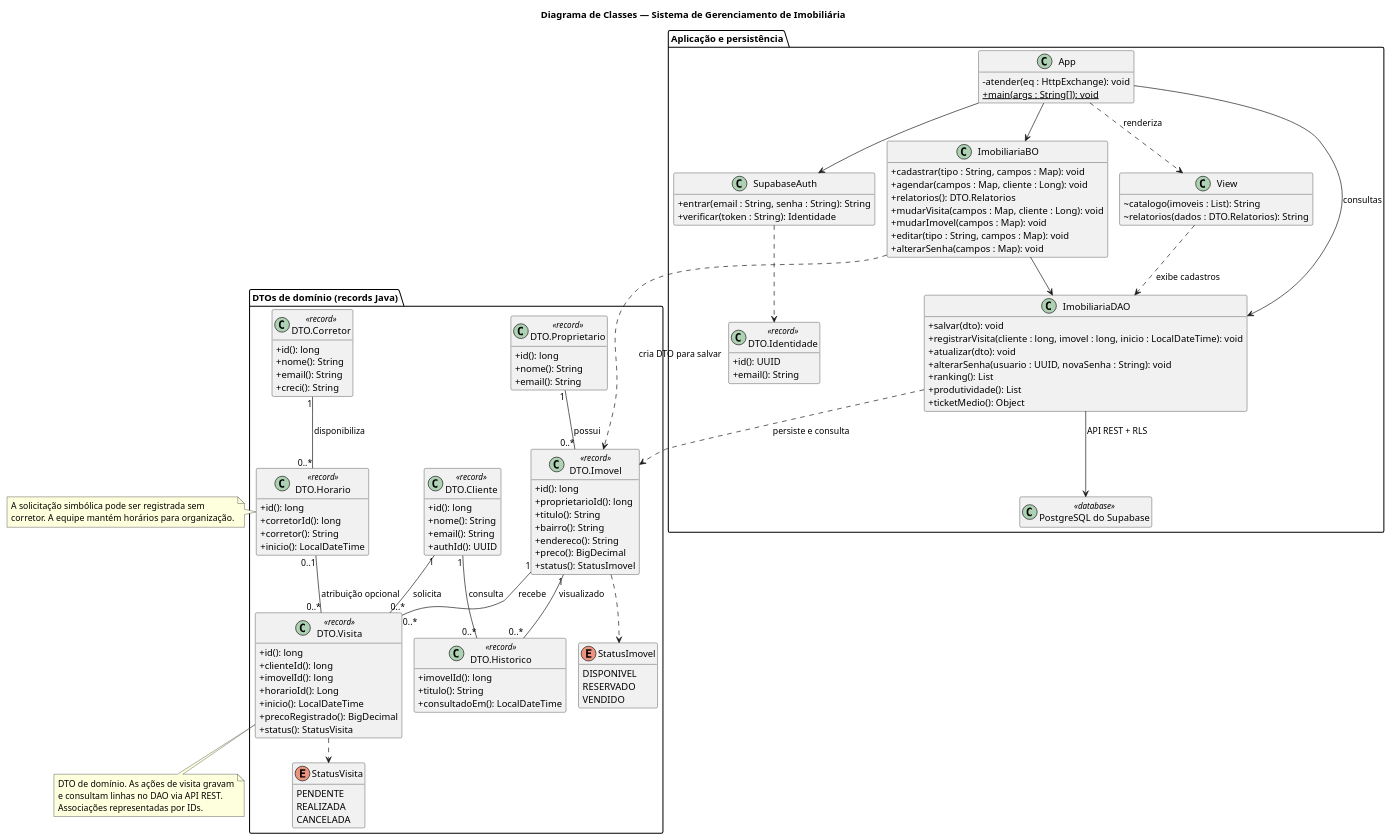
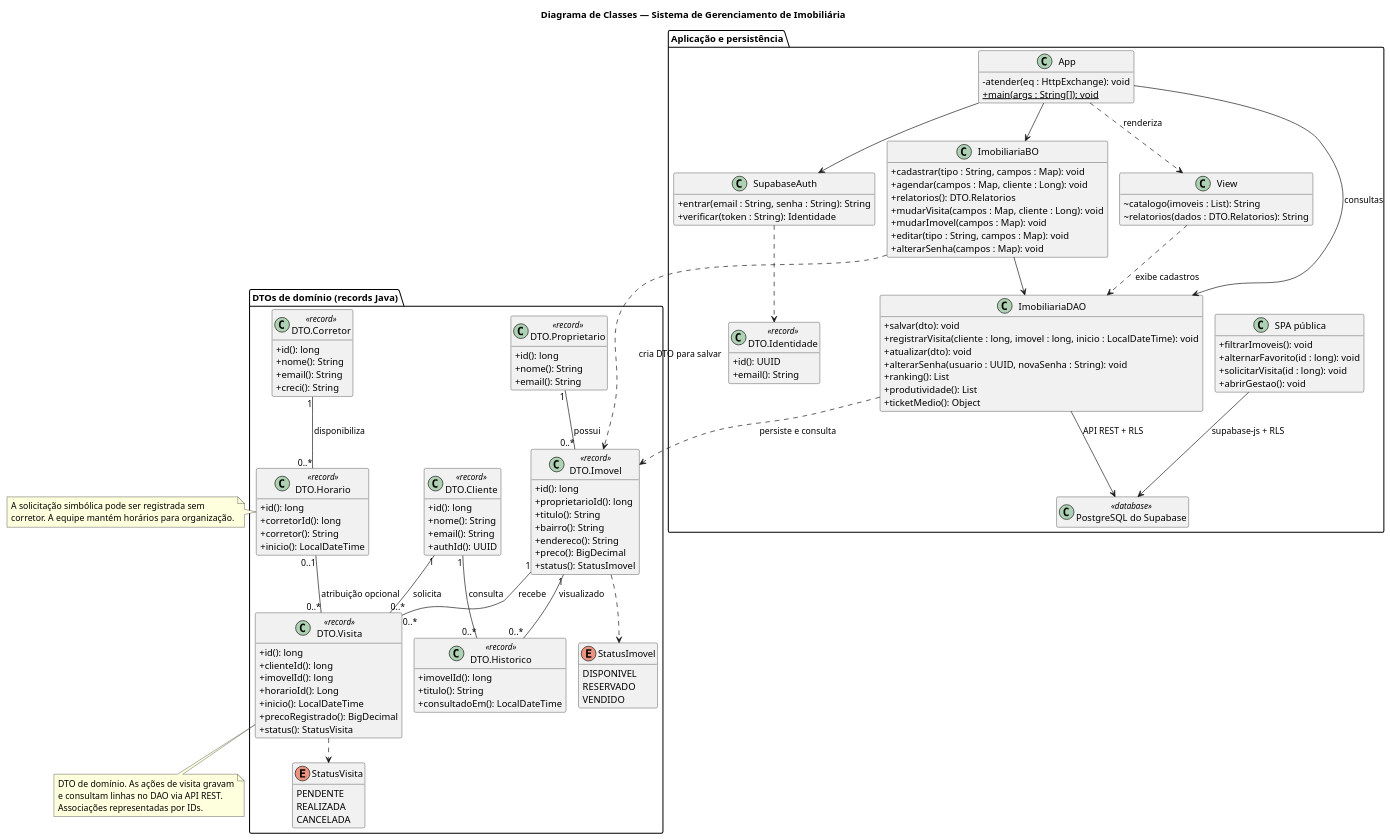
The diagram in docs/classes.puml (gustavoximenes/sistema-gerenciamento-imobiliaria), drawn with PlantUML before and after one commit. The commit also changed 13 other files, not shown here.

Commit message:
Adiciona portal web publico integrado ao Supabase

```diff
--- a/docs/classes.puml
+++ b/docs/classes.puml
@@ -1,132 +1,139 @@
 @startuml
 !pragma layout smetana
 skinparam classAttributeIconSize 0
 skinparam shadowing false
 hide empty members
 title Diagrama de Classes — Sistema de Gerenciamento de Imobiliária
 
 package "DTOs de domínio (records Java)" {
   class "DTO.Cliente" as Cliente <<record>> {
     +id(): long
     +nome(): String
     +email(): String
     +authId(): UUID
   }
   class "DTO.Corretor" as Corretor <<record>> {
     +id(): long
     +nome(): String
     +email(): String
     +creci(): String
   }
   class "DTO.Proprietario" as Proprietario <<record>> {
     +id(): long
     +nome(): String
     +email(): String
   }
   class "DTO.Imovel" as Imovel <<record>> {
     +id(): long
     +proprietarioId(): long
     +titulo(): String
     +bairro(): String
     +endereco(): String
     +preco(): BigDecimal
     +status(): StatusImovel
   }
   class "DTO.Horario" as Horario <<record>> {
     +id(): long
     +corretorId(): long
     +corretor(): String
     +inicio(): LocalDateTime
   }
   class "DTO.Visita" as Visita <<record>> {
     +id(): long
     +clienteId(): long
     +imovelId(): long
     +horarioId(): Long
     +inicio(): LocalDateTime
     +precoRegistrado(): BigDecimal
     +status(): StatusVisita
   }
   class "DTO.Historico" as Historico <<record>> {
     +imovelId(): long
     +titulo(): String
     +consultadoEm(): LocalDateTime
   }
   enum StatusImovel {
     DISPONIVEL
     RESERVADO
     VENDIDO
   }
   enum StatusVisita {
     PENDENTE
     REALIZADA
     CANCELADA
   }
   Proprietario "1" -- "0..*" Imovel : possui
   Corretor "1" -- "0..*" Horario : disponibiliza
   Cliente "1" -- "0..*" Visita : solicita
   Imovel "1" -- "0..*" Visita : recebe
   Horario "0..1" -- "0..*" Visita : atribuição opcional
   Imovel ..> StatusImovel
   Visita ..> StatusVisita
   Cliente "1" -- "0..*" Historico : consulta
   Imovel "1" -- "0..*" Historico : visualizado
 }
 note right of Horario
   A solicitação simbólica pode ser registrada sem
   corretor. A equipe mantém horários para organização.
 end note
 note bottom of Visita
   DTO de domínio. As ações de visita gravam
   e consultam linhas no DAO via API REST.
   Associações representadas por IDs.
 end note
 
 package "Aplicação e persistência" {
+  class "SPA pública" as WebApp {
+    +filtrarImoveis(): void
+    +alternarFavorito(id : long): void
+    +solicitarVisita(id : long): void
+    +abrirGestao(): void
+  }
   class App {
     -atender(eq : HttpExchange): void
     +{static} main(args : String[]): void
   }
   class View {
     ~catalogo(imoveis : List): String
     ~relatorios(dados : DTO.Relatorios): String
   }
   class SupabaseAuth {
     +entrar(email : String, senha : String): String
     +verificar(token : String): Identidade
   }
   class "DTO.Identidade" as Identidade <<record>> {
     +id(): UUID
     +email(): String
   }
   class ImobiliariaBO {
     +cadastrar(tipo : String, campos : Map): void
     +agendar(campos : Map, cliente : Long): void
     +relatorios(): DTO.Relatorios
     +mudarVisita(campos : Map, cliente : Long): void
     +mudarImovel(campos : Map): void
     +editar(tipo : String, campos : Map): void
     +alterarSenha(campos : Map): void
   }
   class ImobiliariaDAO {
     +salvar(dto): void
     +registrarVisita(cliente : long, imovel : long, inicio : LocalDateTime): void
     +atualizar(dto): void
     +alterarSenha(usuario : UUID, novaSenha : String): void
     +ranking(): List
     +produtividade(): List
     +ticketMedio(): Object
   }
   class "PostgreSQL do Supabase" as SupabaseDB <<database>>
   App --> ImobiliariaBO
   App --> ImobiliariaDAO : consultas
   App ..> View : renderiza
   App --> SupabaseAuth
+  WebApp --> SupabaseDB : supabase-js + RLS
   SupabaseAuth ..> Identidade
   View ..> ImobiliariaDAO : exibe cadastros
   ImobiliariaBO --> ImobiliariaDAO
   ImobiliariaBO ..> Imovel : cria DTO para salvar
   ImobiliariaDAO ..> Imovel : persiste e consulta
   ImobiliariaDAO --> SupabaseDB : API REST + RLS
 }
 @enduml
```
